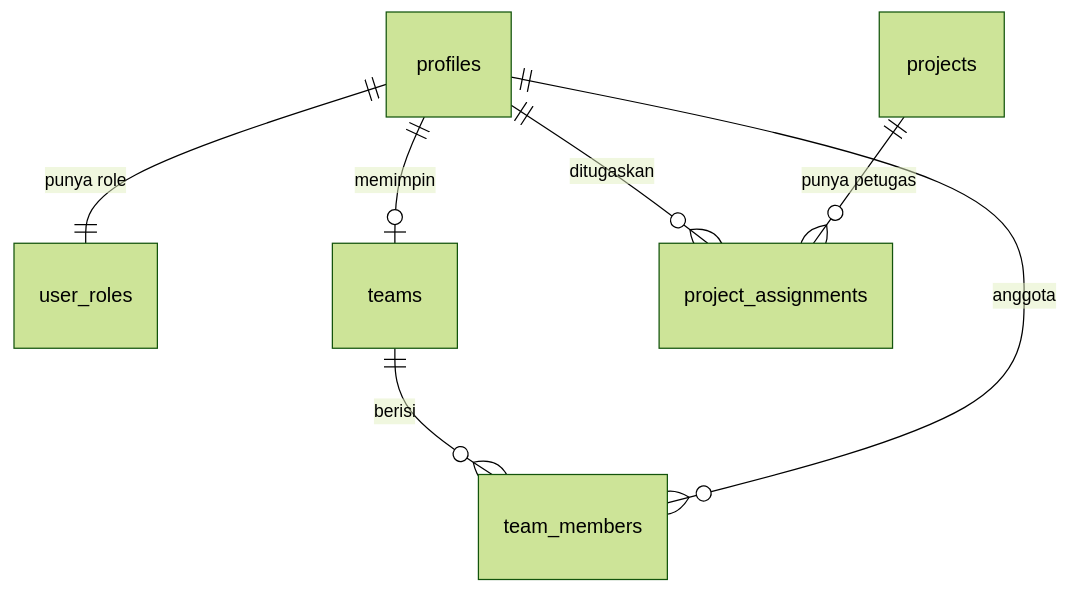
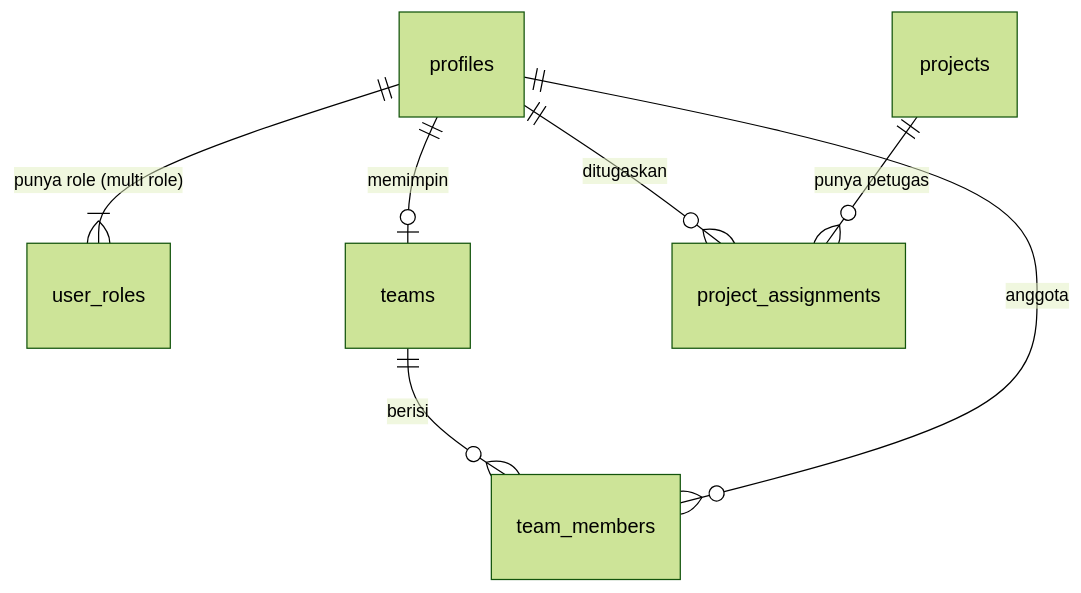
The first of 5 diagrams in docs/data-model.md (kisg-project/kisg-web), drawn with Mermaid (forest theme) before and after one commit. The commit also changed other lines of this file and 100 other files, not shown here.

First line of the commit message:
feat(portal): pwa shell, multi role, email invitations, account activation (#17)

````diff
--- a/docs/data-model.md
+++ b/docs/data-model.md
@@ -57,9 +57,9 @@
 ```mermaid
 erDiagram
-  profiles ||--|| user_roles : "punya role"
+  profiles ||--|{ user_roles : "punya role (multi role)"
   teams ||--o{ team_members : "berisi"
   profiles ||--o{ team_members : "anggota"
   profiles ||--o{ project_assignments : "ditugaskan"
   projects ||--o{ project_assignments : "punya petugas"
   profiles ||--o| teams : "memimpin"
 ```
````
